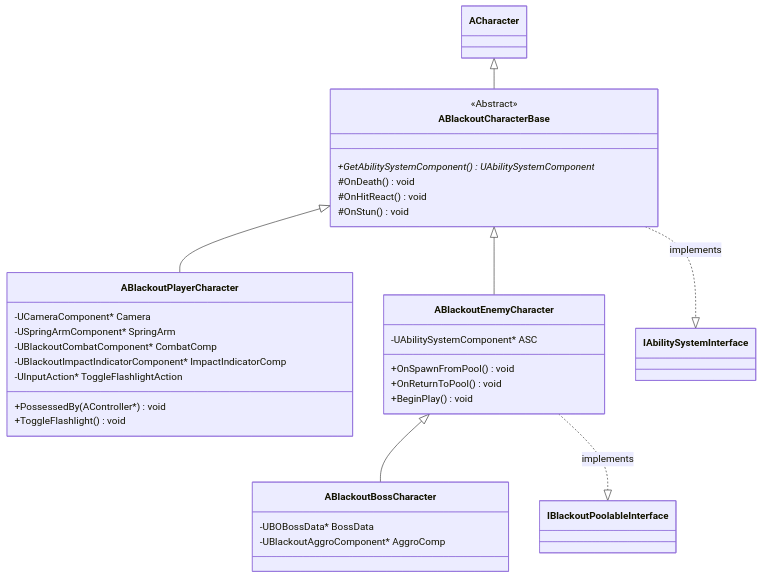
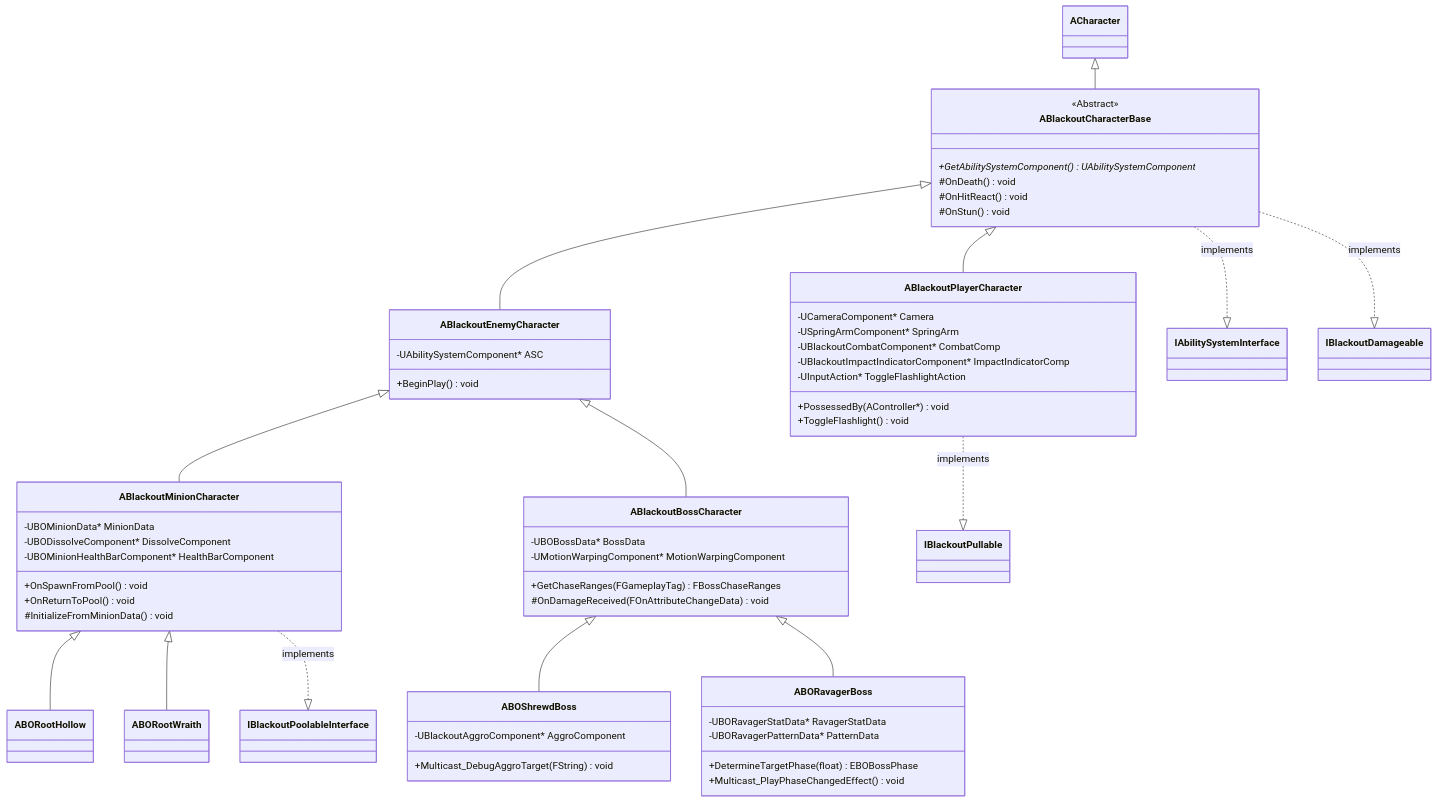
The first of 15 diagrams in Docs/Project_Blackout_클래스다이어그램.md (seongwon1579/ProjectBlackout), drawn with Mermaid before and after one commit. The commit also changed other lines of this file and 24 other files, not shown here.

Commit message:
Docs: 클래스 다이어그램 최신화

````diff
--- a/Docs/Project_Blackout_클래스다이어그램.md
+++ b/Docs/Project_Blackout_클래스다이어그램.md
@@ -11,43 +11,70 @@
 ```mermaid
 classDiagram
     direction TB
 
     ACharacter <|-- ABlackoutCharacterBase
     ABlackoutCharacterBase <|-- ABlackoutPlayerCharacter
     ABlackoutCharacterBase <|-- ABlackoutEnemyCharacter
+    ABlackoutEnemyCharacter <|-- ABlackoutMinionCharacter
+    ABlackoutMinionCharacter <|-- ABORootHollow
+    ABlackoutMinionCharacter <|-- ABORootWraith
     ABlackoutEnemyCharacter <|-- ABlackoutBossCharacter
+    ABlackoutBossCharacter <|-- ABOShrewdBoss
+    ABlackoutBossCharacter <|-- ABORavagerBoss
 
     ABlackoutCharacterBase ..|> IAbilitySystemInterface : implements
+    ABlackoutCharacterBase ..|> IBlackoutDamageable : implements
+    ABlackoutPlayerCharacter ..|> IBlackoutPullable : implements
+    ABlackoutMinionCharacter ..|> IBlackoutPoolableInterface : implements
 
     class ABlackoutCharacterBase {
         <<Abstract>>
         +GetAbilitySystemComponent() UAbilitySystemComponent*
         #OnDeath() void
         #OnHitReact() void
         #OnStun() void
     }
 
     class ABlackoutPlayerCharacter {
         -UCameraComponent* Camera
         -USpringArmComponent* SpringArm
         -UBlackoutCombatComponent* CombatComp
         -UBlackoutImpactIndicatorComponent* ImpactIndicatorComp
         -UInputAction* ToggleFlashlightAction
         +PossessedBy(AController*) void
         +ToggleFlashlight() void
     }
 
     class ABlackoutEnemyCharacter {
         -UAbilitySystemComponent* ASC
+        +BeginPlay() void
+    }
+
+    class ABlackoutMinionCharacter {
+        -UBOMinionData* MinionData
+        -UBODissolveComponent* DissolveComponent
+        -UBOMinionHealthBarComponent* HealthBarComponent
         +OnSpawnFromPool() void
         +OnReturnToPool() void
-        +BeginPlay() void
+        #InitializeFromMinionData() void
     }
 
     class ABlackoutBossCharacter {
         -UBOBossData* BossData
-        -UBlackoutAggroComponent* AggroComp
+        -UMotionWarpingComponent* MotionWarpingComponent
+        +GetChaseRanges(FGameplayTag) FBossChaseRanges
+        #OnDamageReceived(FOnAttributeChangeData) void
     }
 
-    ABlackoutEnemyCharacter ..|> IBlackoutPoolableInterface : implements
+    class ABOShrewdBoss {
+        -UBlackoutAggroComponent* AggroComponent
+        +Multicast_DebugAggroTarget(FString) void
+    }
+
+    class ABORavagerBoss {
+        -UBORavagerStatData* RavagerStatData
+        -UBORavagerPatternData* PatternData
+        +DetermineTargetPhase(float) EBOBossPhase
+        +Multicast_PlayPhaseChangedEffect() void
+    }
 ```
````
